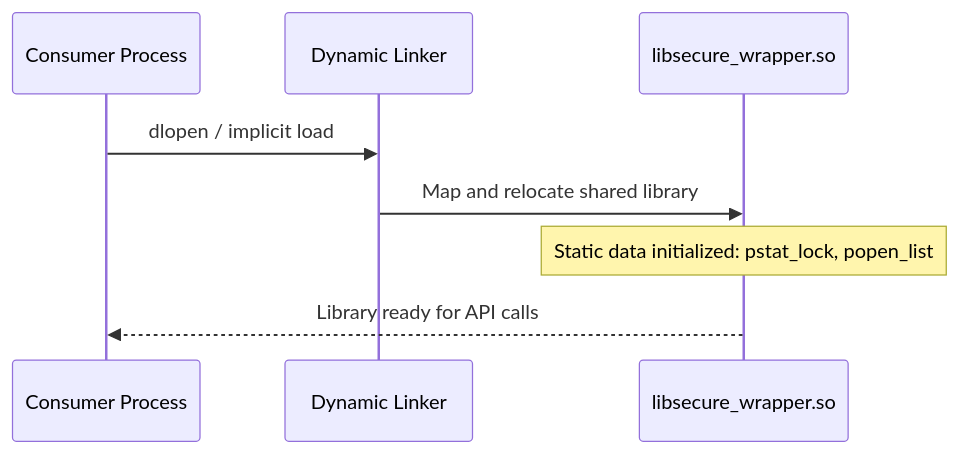
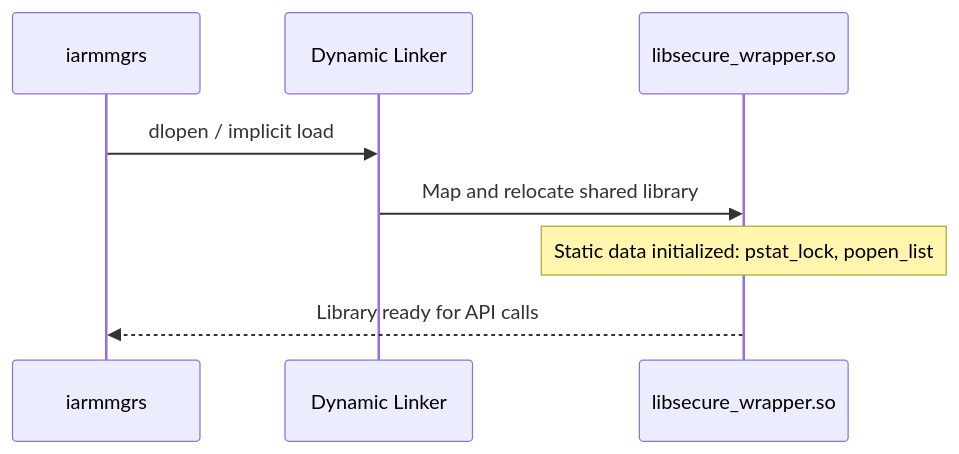
One commit to rns21/RDK_Documentation changed the fourth of 7 diagrams in docs/docu/RDKV-Documentations/libsyscallwrapper.md. Above: the diagram before and after it, drawn with Mermaid. The commit also changed other lines of this file, not shown here.

````diff
--- a/docs/docu/RDKV-Documentations/libsyscallwrapper.md
+++ b/docs/docu/RDKV-Documentations/libsyscallwrapper.md
@@ -187,11 +178,11 @@
 ```mermaid
 sequenceDiagram
-    participant Consumer as Consumer Process
+    participant Consumer as iarmmgrs
     participant Linker as Dynamic Linker
     participant Lib as libsecure_wrapper.so
 
     Consumer->>Linker: dlopen / implicit load
     Linker->>Lib: Map and relocate shared library
     Note over Lib: Static data initialized: pstat_lock, popen_list
     Lib-->>Consumer: Library ready for API calls
 ```
````
